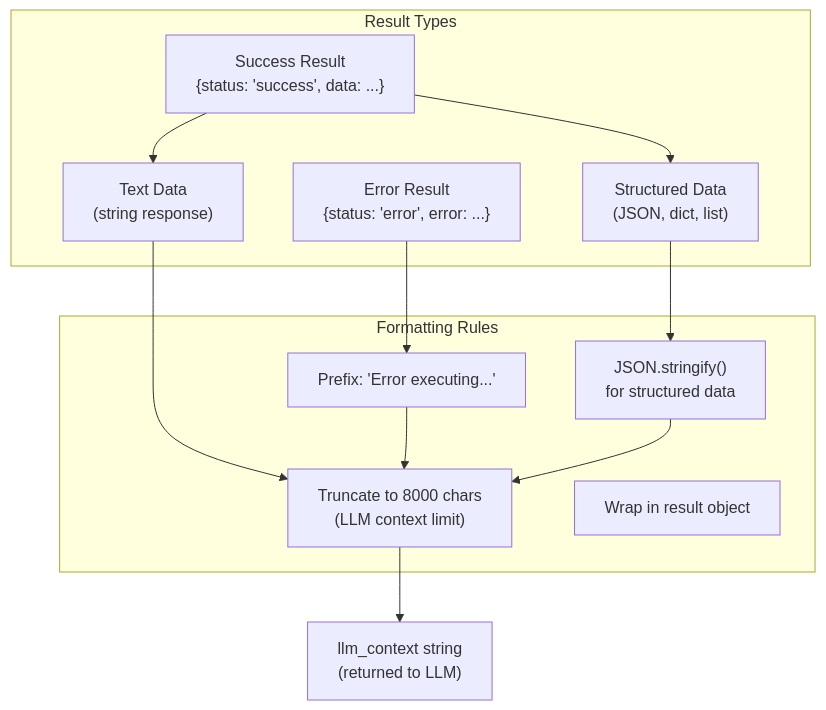
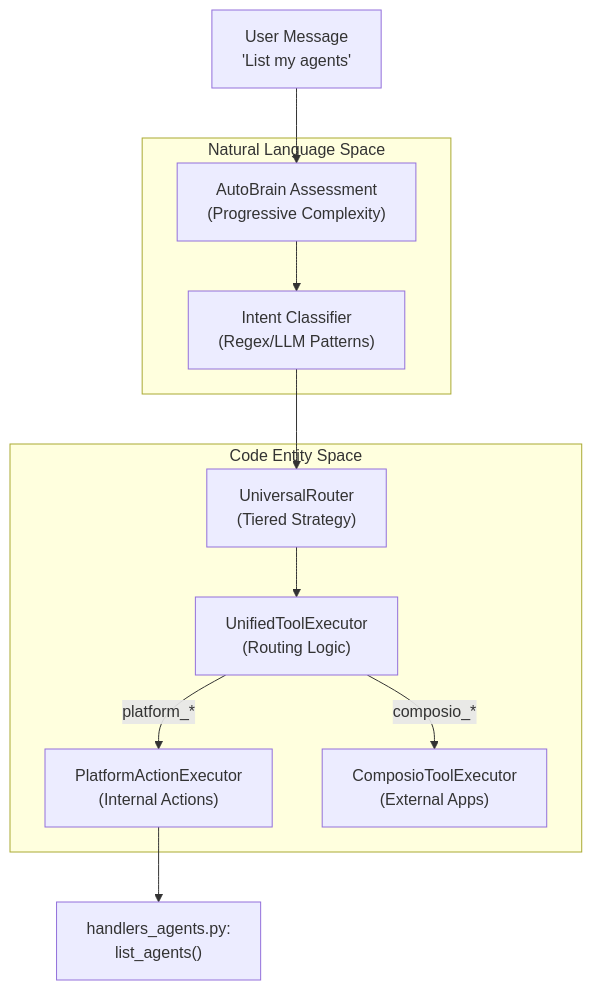
The first of 2 diagrams in docs/tools-integrations/tool-router-execution.md (AutomatosAI/automatos-ai), drawn with Mermaid before and after one commit. The commit also changed other lines of this file and 149 other files, not shown here.

Commit message:
docs: refresh documentation with graphify semantic scan

````diff
--- a/docs/tools-integrations/tool-router-execution.md
+++ b/docs/tools-integrations/tool-router-execution.md
@@ -403,27 +51,26 @@
 ```mermaid
-graph TB
-    subgraph "Result Types"
-        Success["Success Result<br/>{status: 'success', data: ...}"]
-        Error["Error Result<br/>{status: 'error', error: ...}"]
-        StructuredData["Structured Data<br/>(JSON, dict, list)"]
-        TextData["Text Data<br/>(string response)"]
+graph TD
+    User["User Message<br/>'List my agents'"]
+    
+    subgraph "Natural Language Space"
+        AutoBrain["AutoBrain Assessment<br/>(Progressive Complexity)"]
+        Intent["Intent Classifier<br/>(Regex/LLM Patterns)"]
     end
     
-    subgraph "Formatting Rules"
-        Truncate["Truncate to 8000 chars<br/>(LLM context limit)"]
-        JSONStringify["JSON.stringify()<br/>for structured data"]
-        ErrorPrefix["Prefix: 'Error executing...'"]
-        SuccessWrap["Wrap in result object"]
+    subgraph "Code Entity Space"
+        Router["UniversalRouter<br/>(Tiered Strategy)"]
+        UnifiedExec["UnifiedToolExecutor<br/>(Routing Logic)"]
+        PlatformExec["PlatformActionExecutor<br/>(Internal Actions)"]
+        ComposioExec["ComposioToolExecutor<br/>(External Apps)"]
     end
     
-    Success --> StructuredData
-    Success --> TextData
-    StructuredData --> JSONStringify
-    TextData --> Truncate
+    User --> AutoBrain
+    AutoBrain --> Intent
+    Intent --> Router
+    Router --> UnifiedExec
     
-    Error --> ErrorPrefix
-    ErrorPrefix --> Truncate
+    UnifiedExec -->|"platform_*"| PlatformExec
+    UnifiedExec -->|"composio_*"| ComposioExec
     
-    JSONStringify --> Truncate
-    Truncate --> LLMContext["llm_context string<br/>(returned to LLM)"]
+    PlatformExec --> Handler["handlers_agents.py:<br/>list_agents()"]
 ```
````
